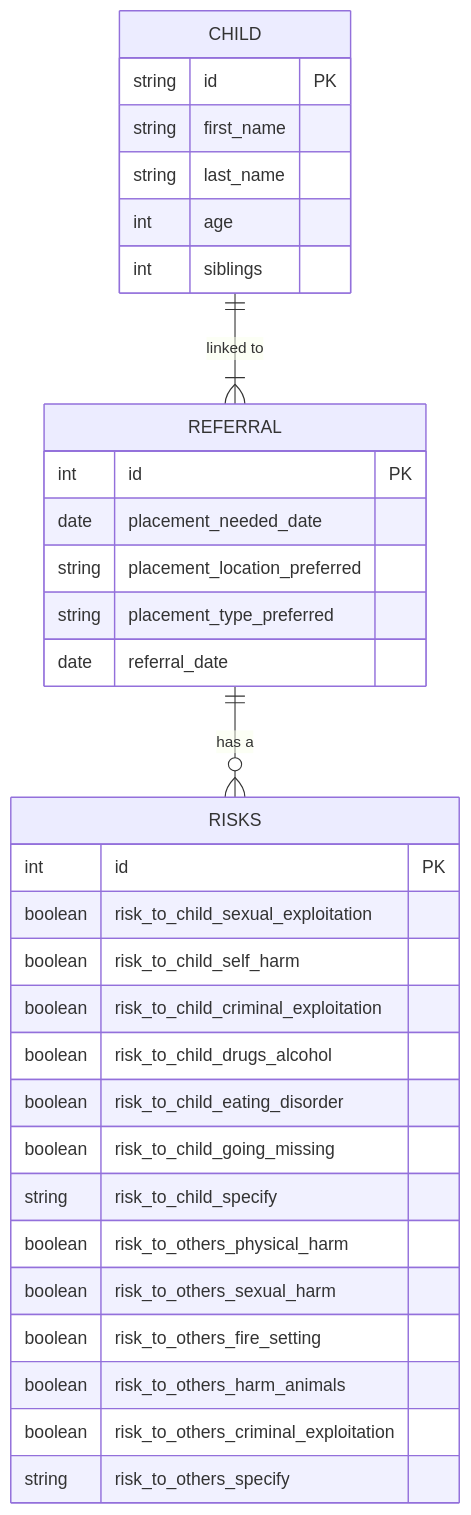
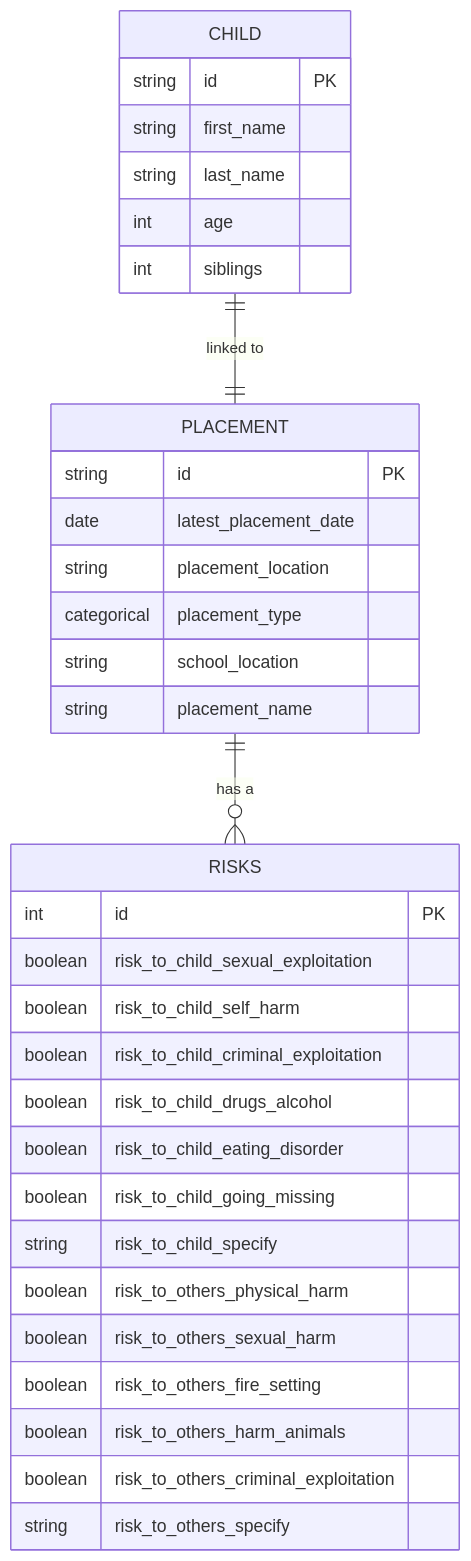
Before and after one commit to SocialFinanceDigitalLabs/sw-sufficiency-model: the diagram in placement_data_collection.md, drawn with Mermaid.

````diff
--- a/placement_data_collection.md
+++ b/placement_data_collection.md
@@ -3,35 +3,36 @@
 ```mermaid
 erDiagram
-    CHILD ||--|{ REFERRAL : "linked to"
-    REFERRAL ||--o{ RISKS : "has a"
+    CHILD ||--|| PLACEMENT : "linked to"
+    PLACEMENT ||--o{ RISKS : "has a"
     CHILD {
         string id PK
         string first_name
         string last_name
         int age
         int siblings
     }
-    REFERRAL {
-        int id PK
-        date placement_needed_date
-        string placement_location_preferred
-        string placement_type_preferred
-        date referral_date
+    PLACEMENT {
+        string id PK
+        date latest_placement_date
+        string placement_location
+        categorical placement_type
+        string school_location
+        string placement_name
     }
     RISKS {
         int id PK
         boolean risk_to_child_sexual_exploitation
         boolean risk_to_child_self_harm
         boolean risk_to_child_criminal_exploitation
         boolean risk_to_child_drugs_alcohol
         boolean risk_to_child_eating_disorder
         boolean risk_to_child_going_missing
         string risk_to_child_specify
         boolean risk_to_others_physical_harm
         boolean risk_to_others_sexual_harm
         boolean risk_to_others_fire_setting
         boolean risk_to_others_harm_animals
         boolean risk_to_others_criminal_exploitation
         string risk_to_others_specify
     }
 ```
````
